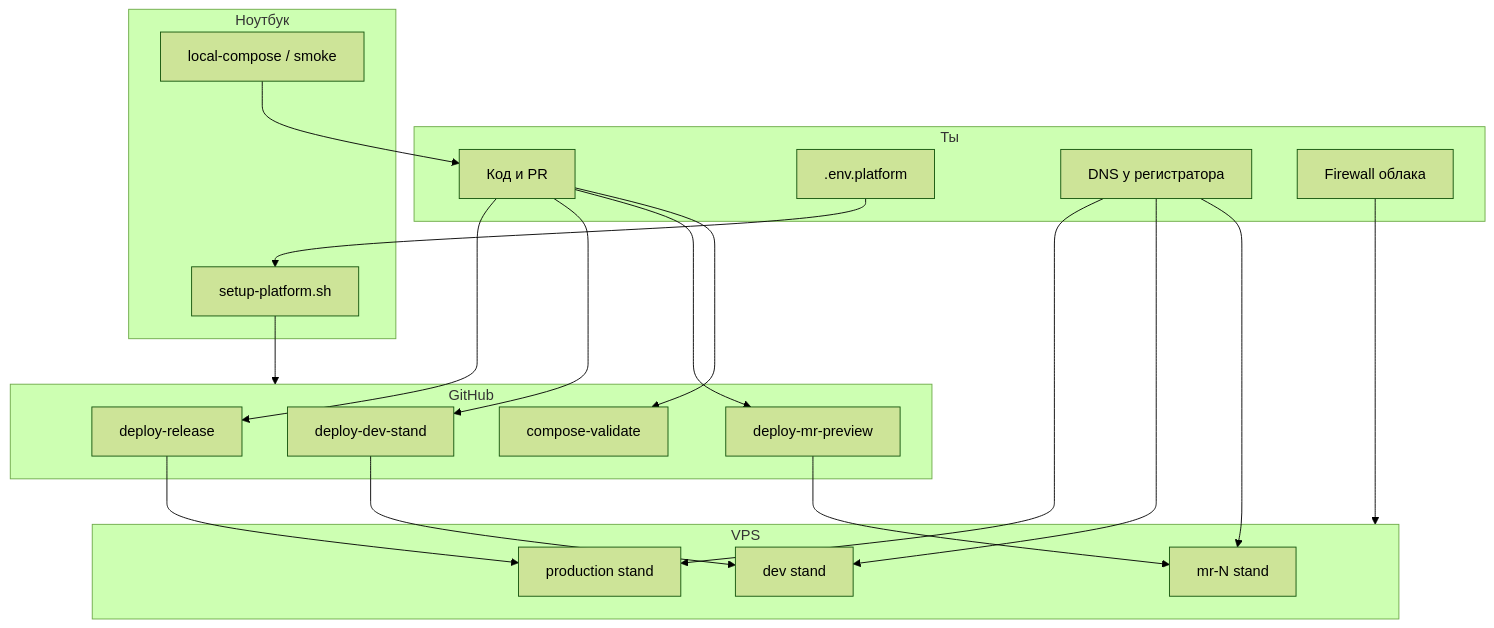
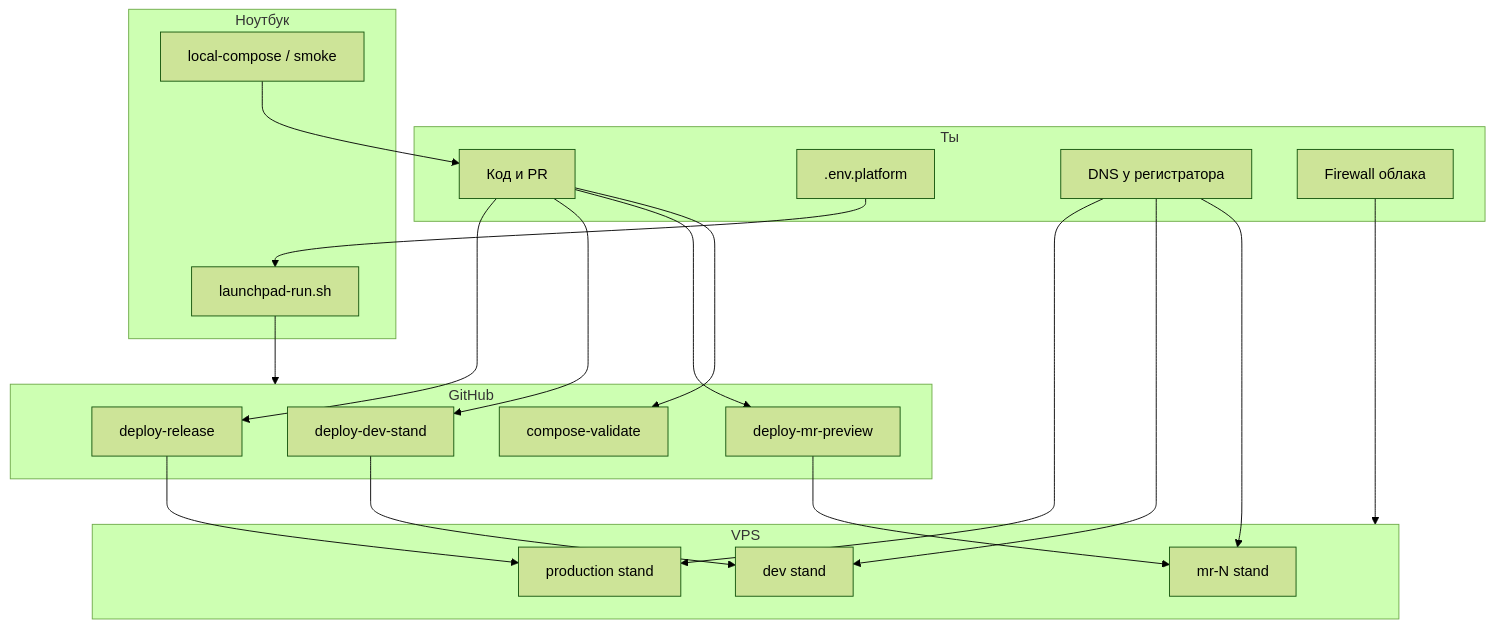
Before and after one commit to panov-id/dockerfile-vpn: the diagram in docs/user-experience.md, drawn with Mermaid (forest theme). The commit also changed other lines of this file and 26 other files, not shown here.

````diff
--- a/docs/user-experience.md
+++ b/docs/user-experience.md
@@ -184,42 +272,42 @@
 ```mermaid
 flowchart TB
   subgraph user [Ты]
     CODE[Код и PR]
     SECRETS[.env.platform]
     DNS[DNS у регистратора]
     FW[Firewall облака]
   end
 
   subgraph laptop [Ноутбук]
-    SETUP[setup-platform.sh]
+    SETUP[launchpad-run.sh]
     LOCAL[local-compose / smoke]
   end
 
   subgraph github [GitHub]
     CI[compose-validate]
     MR[deploy-mr-preview]
     DEV[deploy-dev-stand]
     REL[deploy-release]
   end
 
   subgraph vps [VPS]
     MRST[mr-N stand]
     DEVST[dev stand]
     PROD[production stand]
   end
 
   SECRETS --> SETUP
   SETUP --> github
   CODE --> CI
   CODE --> MR
   MR --> MRST
   CODE --> DEV
   DEV --> DEVST
   CODE --> REL
   REL --> PROD
   DNS --> MRST
   DNS --> DEVST
   DNS --> PROD
   FW --> vps
   LOCAL --> CODE
 ```
````
